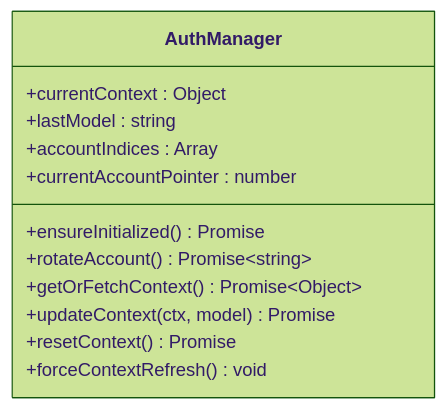
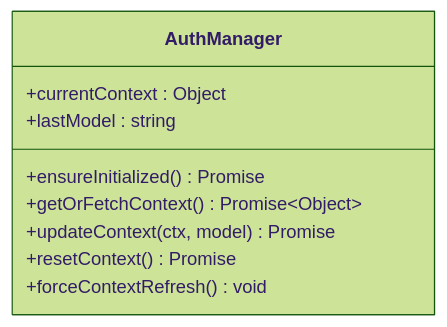
One commit to SEVENTEEN-TAN/gemini-nexus changed the sixth of 10 diagrams in .qoder/repowiki/zh/content/核心模块/会话管理器/会话管理器.md. Above: the diagram before and after it, drawn with Mermaid (forest theme). The commit also changed other lines of this file and 17 other files, not shown here.

````diff
--- a/.qoder/repowiki/zh/content/核心模块/会话管理器/会话管理器.md
+++ b/.qoder/repowiki/zh/content/核心模块/会话管理器/会话管理器.md
@@ -267,15 +271,12 @@
 ```mermaid
 classDiagram
 class AuthManager {
 +currentContext : Object
 +lastModel : string
-+accountIndices : Array
-+currentAccountPointer : number
 +ensureInitialized() Promise
-+rotateAccount() Promise~string~
 +getOrFetchContext() Promise~Object~
 +updateContext(ctx, model) Promise
 +resetContext() Promise
 +forceContextRefresh() void
 }
 ```
````
